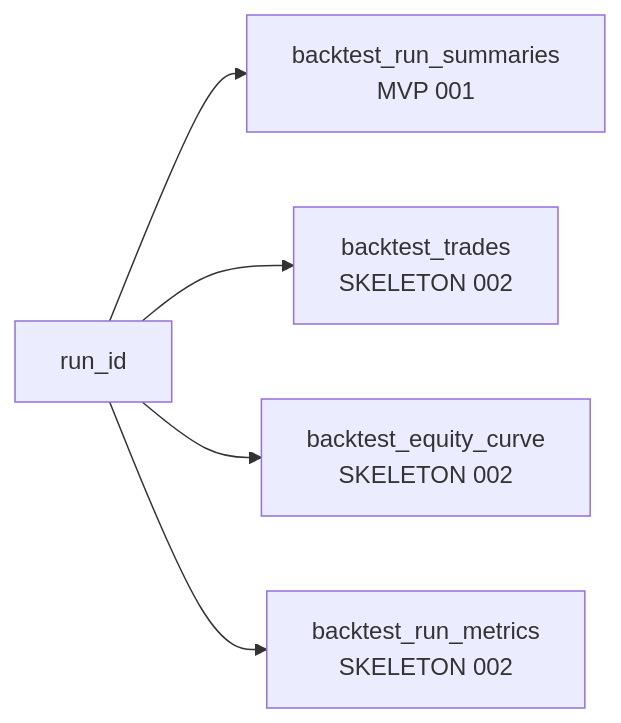
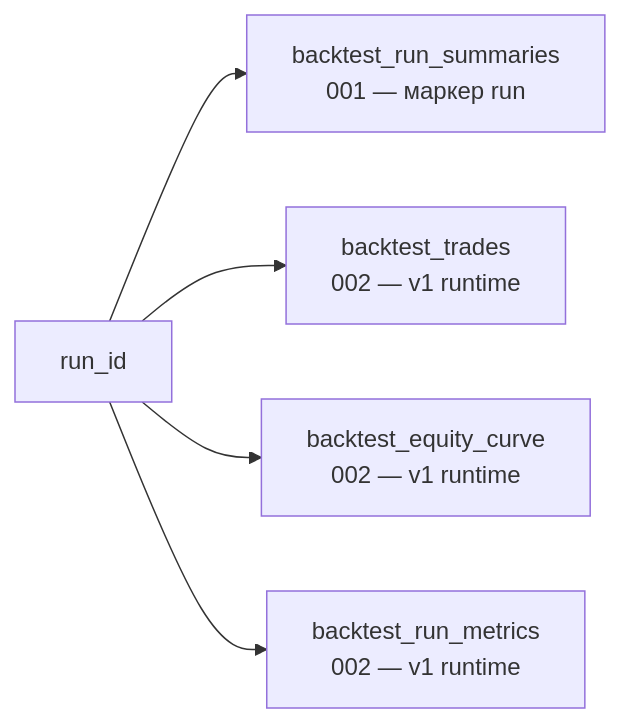
The third of 3 diagrams in docs/stages/stage-3-backtest-and-desktop.md (Algorhythm-LLC/Algorhythm), drawn with Mermaid before and after one commit. The commit also changed other lines of this file and 6 other files, not shown here.

````diff
--- a/docs/stages/stage-3-backtest-and-desktop.md
+++ b/docs/stages/stage-3-backtest-and-desktop.md
@@ -151,7 +151,7 @@
 ```mermaid
 flowchart LR
-  run_id --> summary[backtest_run_summaries<br/>MVP 001]
-  run_id --> trades[backtest_trades<br/>SKELETON 002]
-  run_id --> equity[backtest_equity_curve<br/>SKELETON 002]
-  run_id --> metrics[backtest_run_metrics<br/>SKELETON 002]
+  run_id --> summary[backtest_run_summaries<br/>001 — маркер run]
+  run_id --> trades[backtest_trades<br/>002 — v1 runtime]
+  run_id --> equity[backtest_equity_curve<br/>002 — v1 runtime]
+  run_id --> metrics[backtest_run_metrics<br/>002 — v1 runtime]
 ```
````
